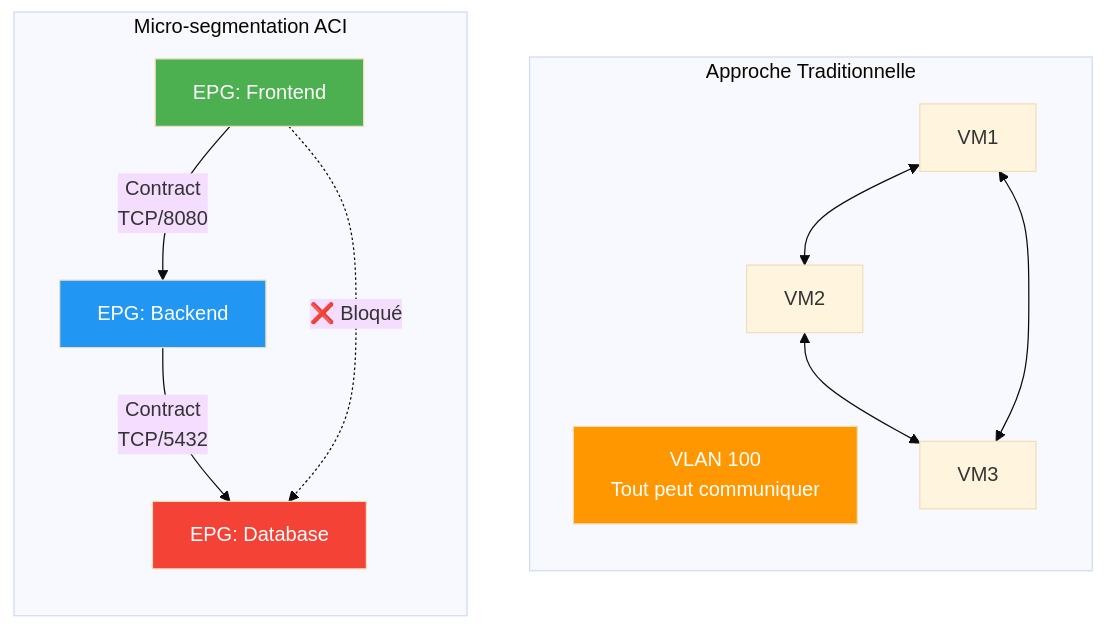
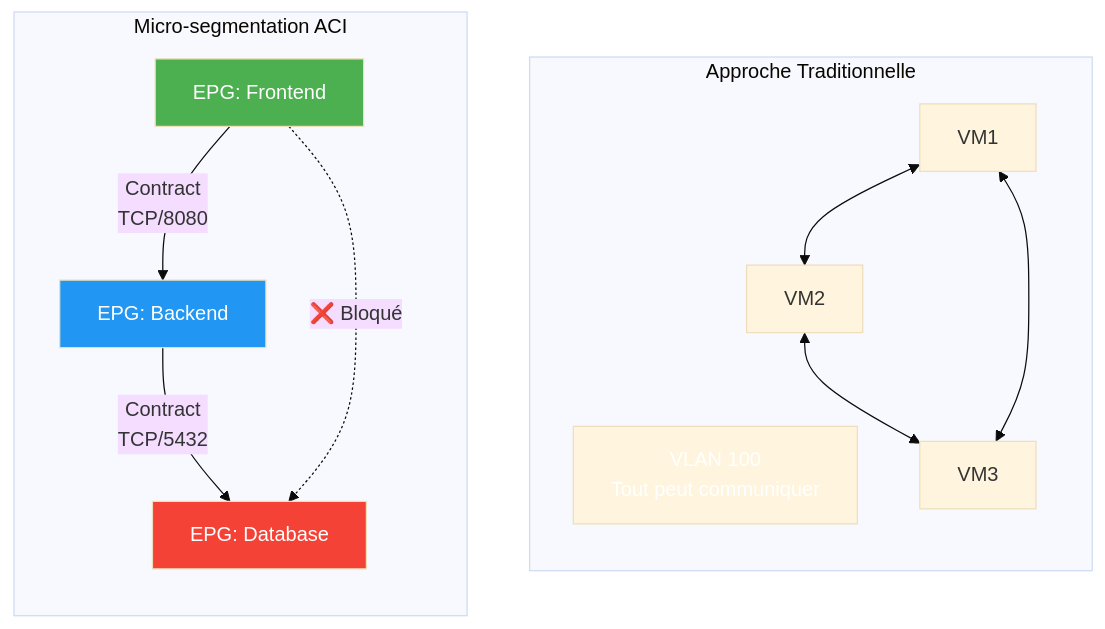
One commit to VBlackJack/ShellBook changed the second of 6 diagrams in docs/formations/terraform-aci/08-module.md. Above: the diagram before and after it, drawn with Mermaid (base theme). The commit also changed other lines of this file and 337 other files, not shown here.

First line of the commit message:
refactor(docs): Standardize code blocks and Mermaid colors

````diff
--- a/docs/formations/terraform-aci/08-module.md
+++ b/docs/formations/terraform-aci/08-module.md
@@ -85,26 +85,26 @@
 ```mermaid
 graph TB
     subgraph "Approche Traditionnelle"
         direction TB
         VLAN1["VLAN 100<br/>Tout peut communiquer"]
         VM1a["VM1"] <--> VM2a["VM2"]
         VM2a <--> VM3a["VM3"]
         VM3a <--> VM1a
     end
 
     subgraph "Micro-segmentation ACI"
         direction TB
         EPG1["EPG: Frontend"]
         EPG2["EPG: Backend"]
         EPG3["EPG: Database"]
 
         EPG1 -->|"Contract<br/>TCP/8080"| EPG2
         EPG2 -->|"Contract<br/>TCP/5432"| EPG3
         EPG1 -.->|"❌ Bloqué"| EPG3
     end
 
-    style VLAN1 fill:#ff9800,color:#fff
+    style VLAN1 fill:#FF9800800800,color:#fff
     style EPG1 fill:#4caf50,color:#fff
     style EPG2 fill:#2196f3,color:#fff
     style EPG3 fill:#f44336,color:#fff
 ```
````
